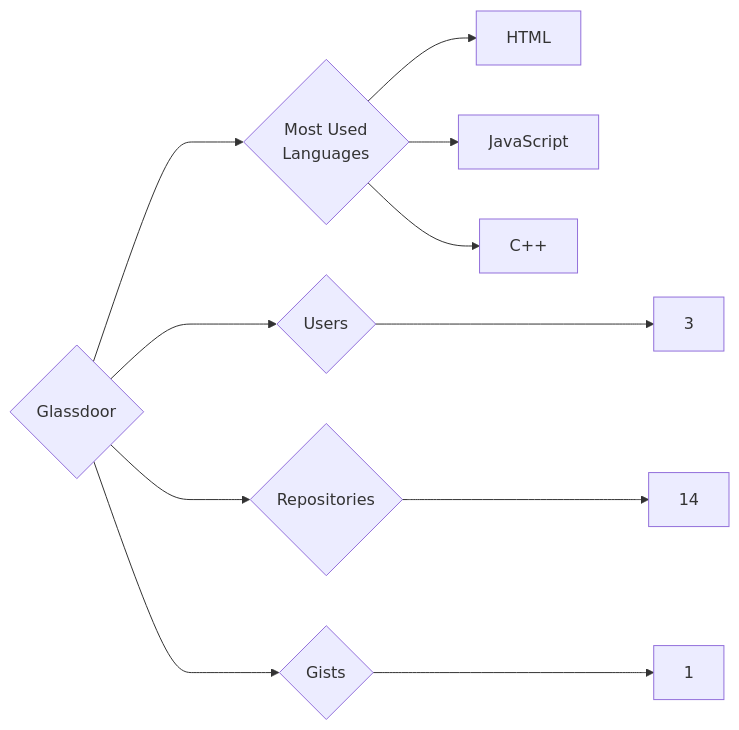
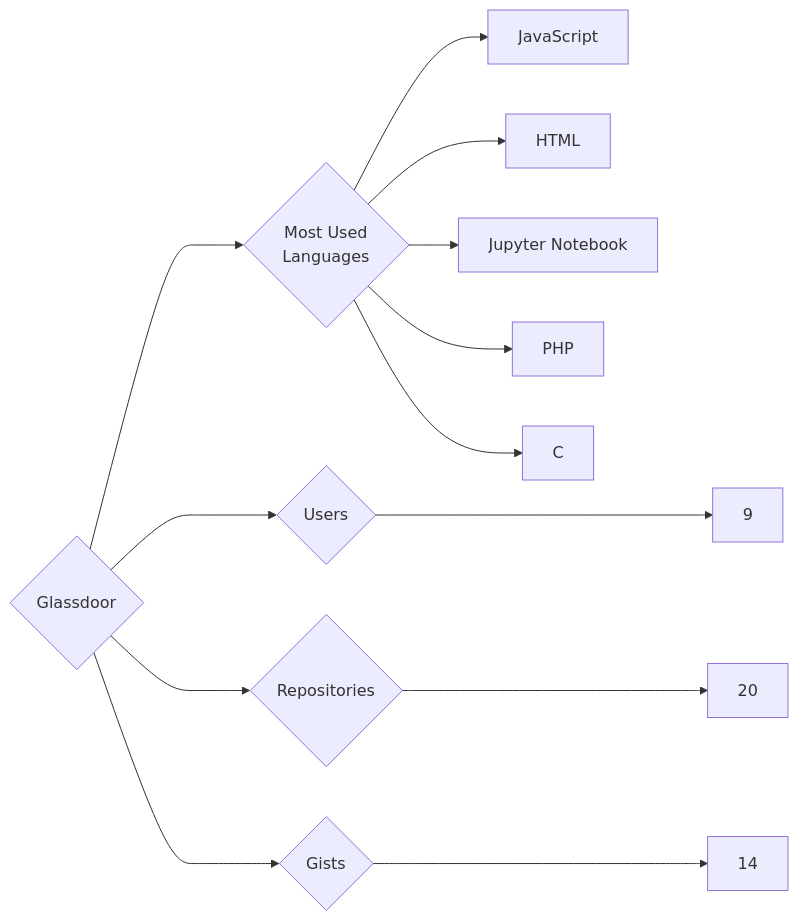
Before and after one commit to trickest/insiders: the diagram in targets/Glassdoor/README.md, drawn with Mermaid. The commit also changed 1141 other files, not shown here.

````diff
--- a/targets/Glassdoor/README.md
+++ b/targets/Glassdoor/README.md
@@ -3,11 +3,13 @@
 ```mermaid
 graph LR
 COMPANY_NAME{Glassdoor}
-COMPANY_NAME ---> U{Users} ---> UN[3]
-COMPANY_NAME ---> R{Repositories} ---> RN[14]
-COMPANY_NAME ---> G{Gists} ---> GN[1]
+COMPANY_NAME ---> U{Users} ---> UN[9]
+COMPANY_NAME ---> R{Repositories} ---> RN[20]
+COMPANY_NAME ---> G{Gists} ---> GN[14]
 COMPANY_NAME ---> ML{Most Used<br>Languages}
+ML --> JavaScript[JavaScript]
 ML --> HTML[HTML]
-ML --> JavaScript[JavaScript]
-ML --> C++[C++]
+ML --> Jupyter_Notebook[Jupyter Notebook]
+ML --> PHP[PHP]
+ML --> C[C]
 ```
````
